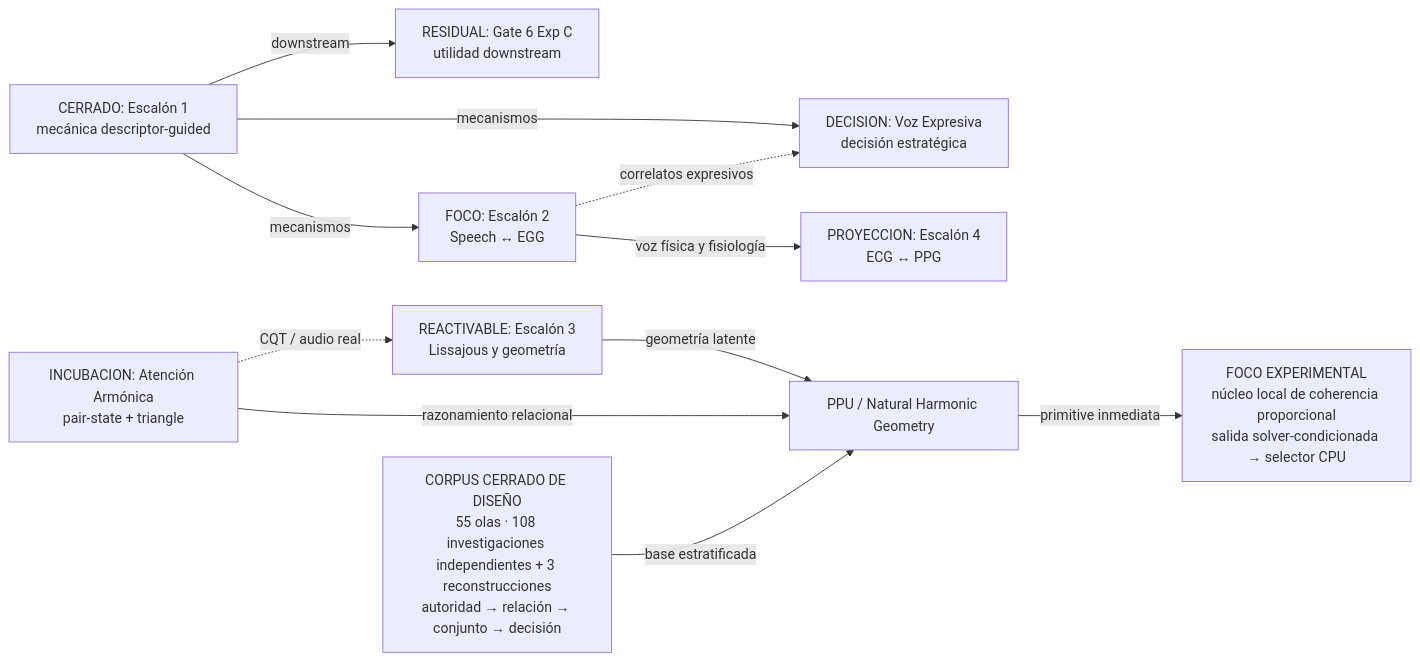
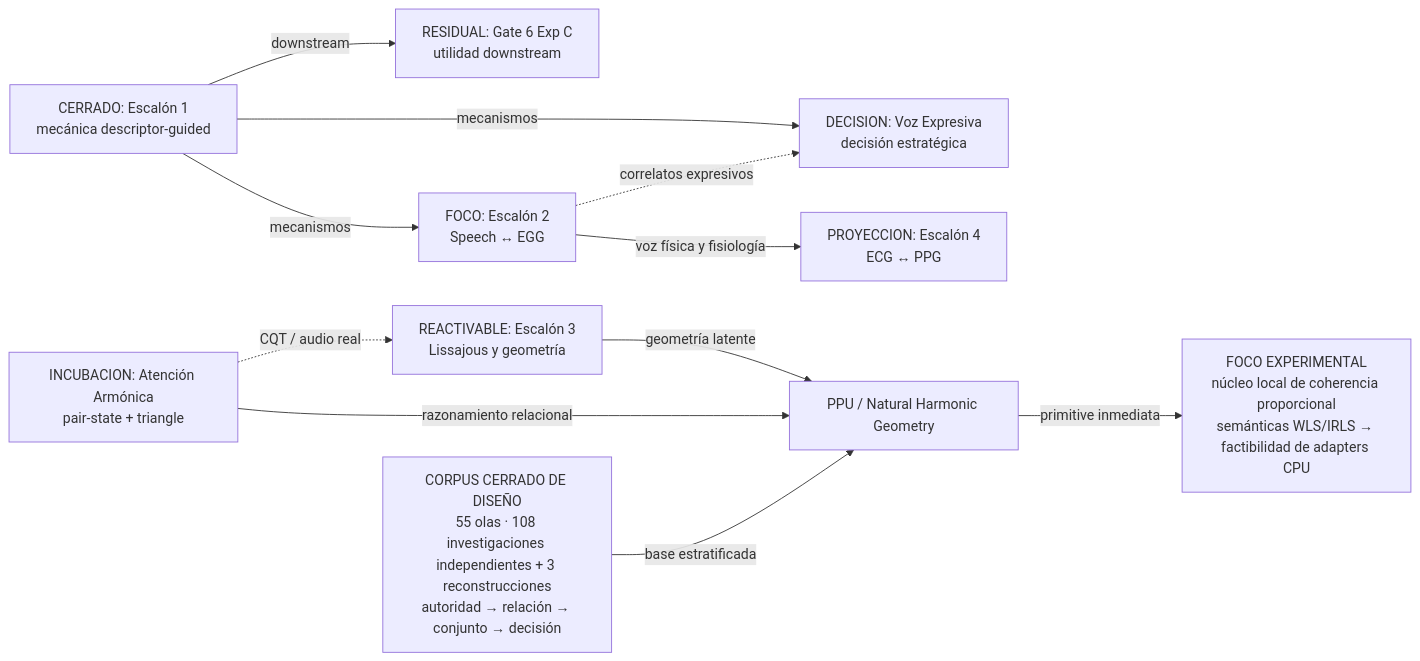
Before and after one commit to Mar-IA-no/Phideus: the first of 2 diagrams in Documents/05_WIKI/MAPA_VISUAL_DEL_PROGRAMA.md, drawn with Mermaid. The commit also changed other lines of this file and 9 other files, not shown here.

````diff
--- a/Documents/05_WIKI/MAPA_VISUAL_DEL_PROGRAMA.md
+++ b/Documents/05_WIKI/MAPA_VISUAL_DEL_PROGRAMA.md
@@ -39,24 +40,24 @@
 ```mermaid
 flowchart LR
     E1["CERRADO: Escalón 1<br/>mecánica descriptor-guided"]
     G6["RESIDUAL: Gate 6 Exp C<br/>utilidad downstream"]
     E2["FOCO: Escalón 2<br/>Speech ↔ EGG"]
     VE["DECISION: Voz Expresiva<br/>decisión estratégica"]
     E3["REACTIVABLE: Escalón 3<br/>Lissajous y geometría"]
     AA["INCUBACION: Atención Armónica<br/>pair-state + triangle"]
     E4["PROYECCION: Escalón 4<br/>ECG ↔ PPG"]
     PPU["PPU / Natural Harmonic Geometry"]
     GT["CORPUS CERRADO DE DISEÑO<br/>55 olas · 108 investigaciones independientes + 3 reconstrucciones<br/>autoridad → relación → conjunto → decisión"]
-    NCP["FOCO EXPERIMENTAL<br/>núcleo local de coherencia proporcional<br/>salida solver-condicionada → selector CPU"]
+    NCP["FOCO EXPERIMENTAL<br/>núcleo local de coherencia proporcional<br/>semánticas WLS/IRLS → factibilidad de adapters CPU"]
 
     E1 -->|mecanismos| E2
     E1 -->|mecanismos| VE
     E1 -->|downstream| G6
     E2 -->|voz física y fisiología| E4
     E2 -.->|correlatos expresivos| VE
     E3 -->|geometría latente| PPU
     AA -->|razonamiento relacional| PPU
     GT -->|base estratificada| PPU
     PPU -->|primitive inmediata| NCP
     AA -.->|CQT / audio real| E3
 ```
````
